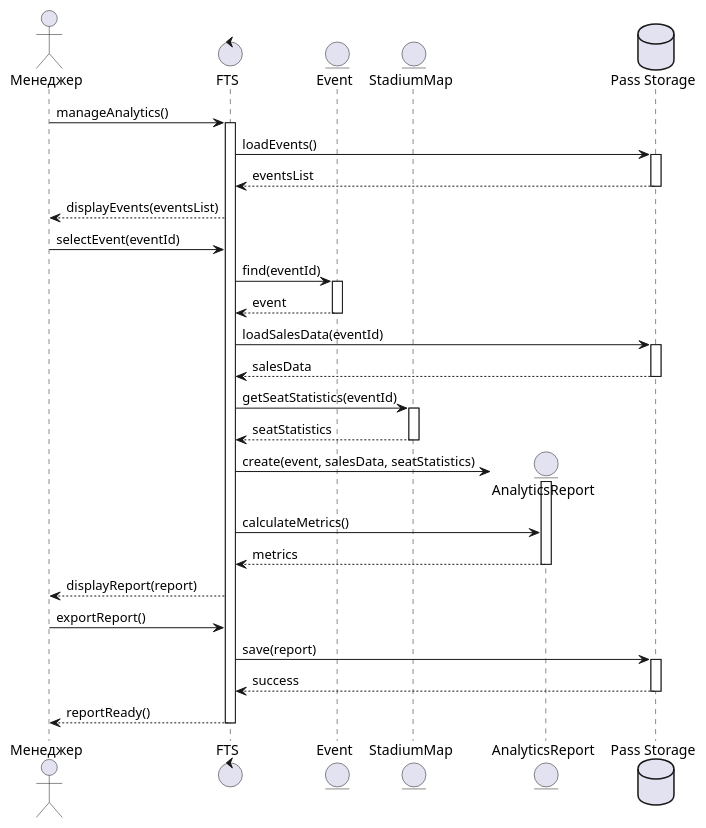
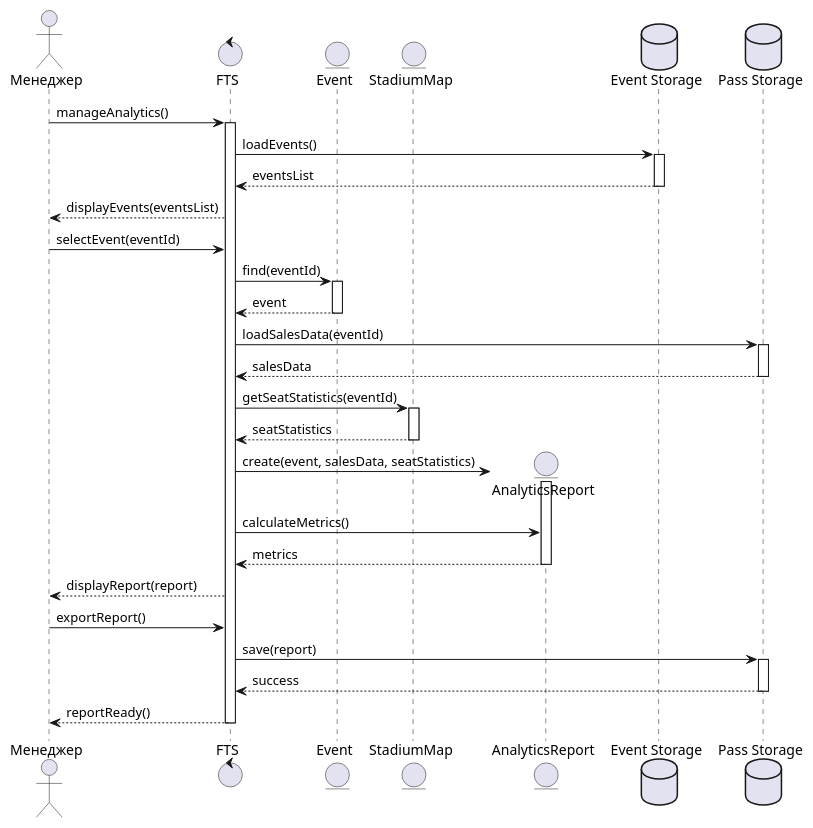
The diagram in Преценденты/Вывод аналитики по мероприятию/Диаграмма последовательности.md (penamarth/bsbo-11-24_team5_var10_football), drawn with PlantUML before and after one commit. The commit also changed 4 other files, not shown here.

Commit message:
Аналитика: события читаются из Event Storage (диаграмма, документ, код), diagram4 перерендерен

````diff
--- a/Преценденты/Вывод аналитики по мероприятию/Диаграмма последовательности.md
+++ b/Преценденты/Вывод аналитики по мероприятию/Диаграмма последовательности.md
@@ -3,57 +3,58 @@
 ```plantuml
 
 @startuml
 actor "Менеджер" as Manager
 
 control "FTS" as FTS
 entity "Event" as Event
 entity "StadiumMap" as Map
 entity "AnalyticsReport" as Report
+database "Event Storage" as EventStorage
 database "Pass Storage" as PassStorage
 
 Manager -> FTS : manageAnalytics()
 activate FTS
 
-FTS -> PassStorage : loadEvents()
-activate PassStorage
-PassStorage --> FTS : eventsList
-deactivate PassStorage
+FTS -> EventStorage : loadEvents()
+activate EventStorage
+EventStorage --> FTS : eventsList
+deactivate EventStorage
 FTS --> Manager : displayEvents(eventsList)
 
 Manager -> FTS : selectEvent(eventId)
 
 FTS -> Event : find(eventId)
 activate Event
 Event --> FTS : event
 deactivate Event
 
 FTS -> PassStorage : loadSalesData(eventId)
 activate PassStorage
 PassStorage --> FTS : salesData
 deactivate PassStorage
 
 FTS -> Map : getSeatStatistics(eventId)
 activate Map
 Map --> FTS : seatStatistics
 deactivate Map
 
 create Report
 FTS -> Report : create(event, salesData, seatStatistics)
 activate Report
 FTS -> Report : calculateMetrics()
 Report --> FTS : metrics
 deactivate Report
 
 FTS --> Manager : displayReport(report)
 
 Manager -> FTS : exportReport()
 FTS -> PassStorage : save(report)
 activate PassStorage
 PassStorage --> FTS : success
 deactivate PassStorage
 
 FTS --> Manager : reportReady()
 deactivate FTS
 
 @enduml
 ```
````
